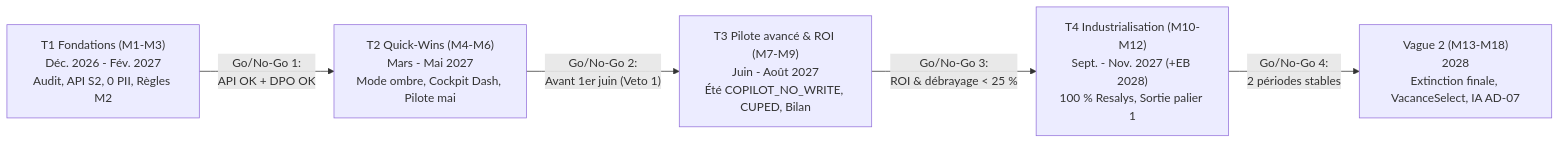
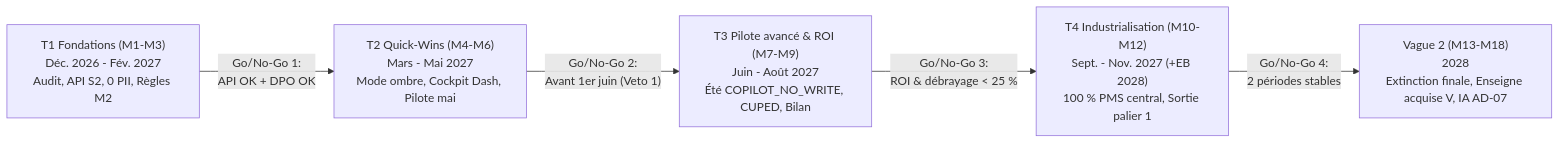
One commit to caroheymes/interview-prep changed the diagram in _bmad-output/planning-artifacts/07_epics_roadmap.md. Above: the diagram before and after it, drawn with Mermaid. The commit also changed other lines of this file and 23 other files, not shown here.

````diff
--- a/_bmad-output/planning-artifacts/07_epics_roadmap.md
+++ b/_bmad-output/planning-artifacts/07_epics_roadmap.md
@@ -147,13 +147,13 @@
 ```mermaid
 flowchart LR
     T1["T1 Fondations (M1-M3)<br/>Déc. 2026 - Fév. 2027<br/>Audit, API S2, 0 PII, Règles M2"]
     T2["T2 Quick-Wins (M4-M6)<br/>Mars - Mai 2027<br/>Mode ombre, Cockpit Dash, Pilote mai"]
     T3["T3 Pilote avancé & ROI (M7-M9)<br/>Juin - Août 2027<br/>Été COPILOT_NO_WRITE, CUPED, Bilan"]
-    T4["T4 Industrialisation (M10-M12)<br/>Sept. - Nov. 2027 (+EB 2028)<br/>100 % Resalys, Sortie palier 1"]
-    V2["Vague 2 (M13-M18)<br/>2028<br/>Extinction finale, VacanceSelect, IA AD-07"]
+    T4["T4 Industrialisation (M10-M12)<br/>Sept. - Nov. 2027 (+EB 2028)<br/>100 % PMS central, Sortie palier 1"]
+    V2["Vague 2 (M13-M18)<br/>2028<br/>Extinction finale, Enseigne acquise V, IA AD-07"]
 
     T1 -->|"Go/No-Go 1:<br/>API OK + DPO OK"| T2
     T2 -->|"Go/No-Go 2:<br/>Avant 1er juin (Veto 1)"| T3
     T3 -->|"Go/No-Go 3:<br/>ROI & débrayage < 25 %"| T4
     T4 -->|"Go/No-Go 4:<br/>2 périodes stables"| V2
 ```
````
